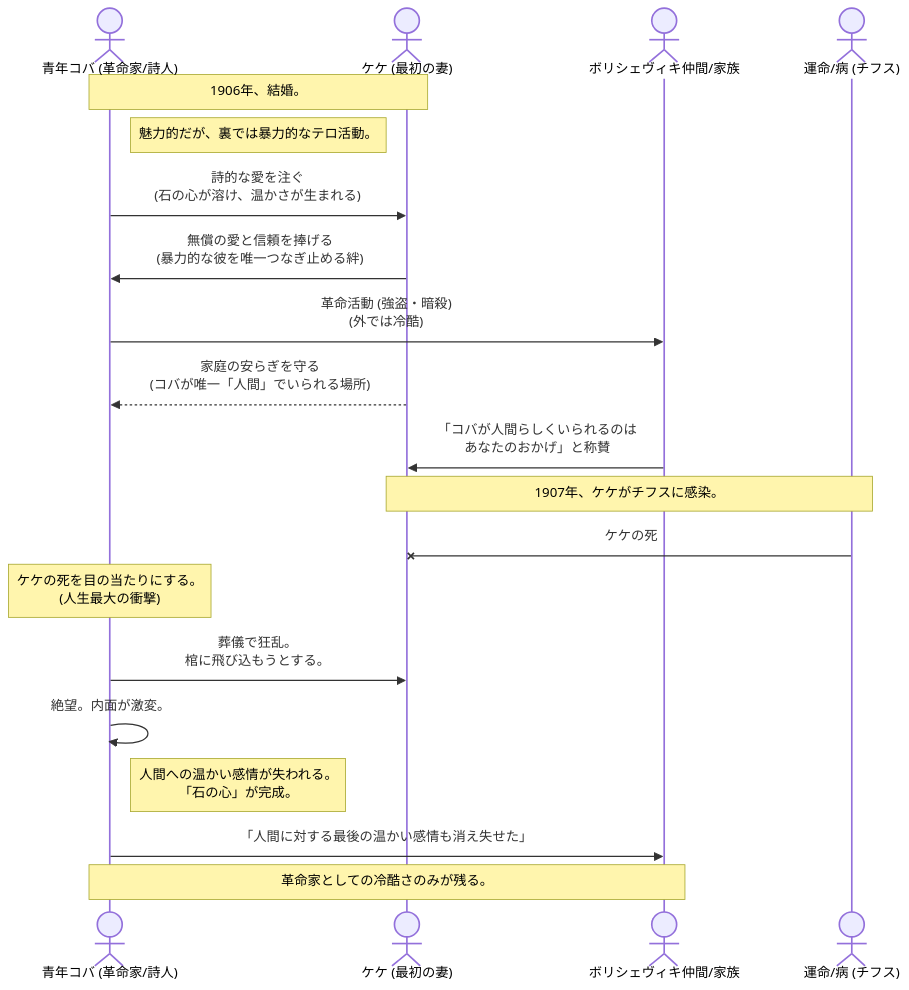
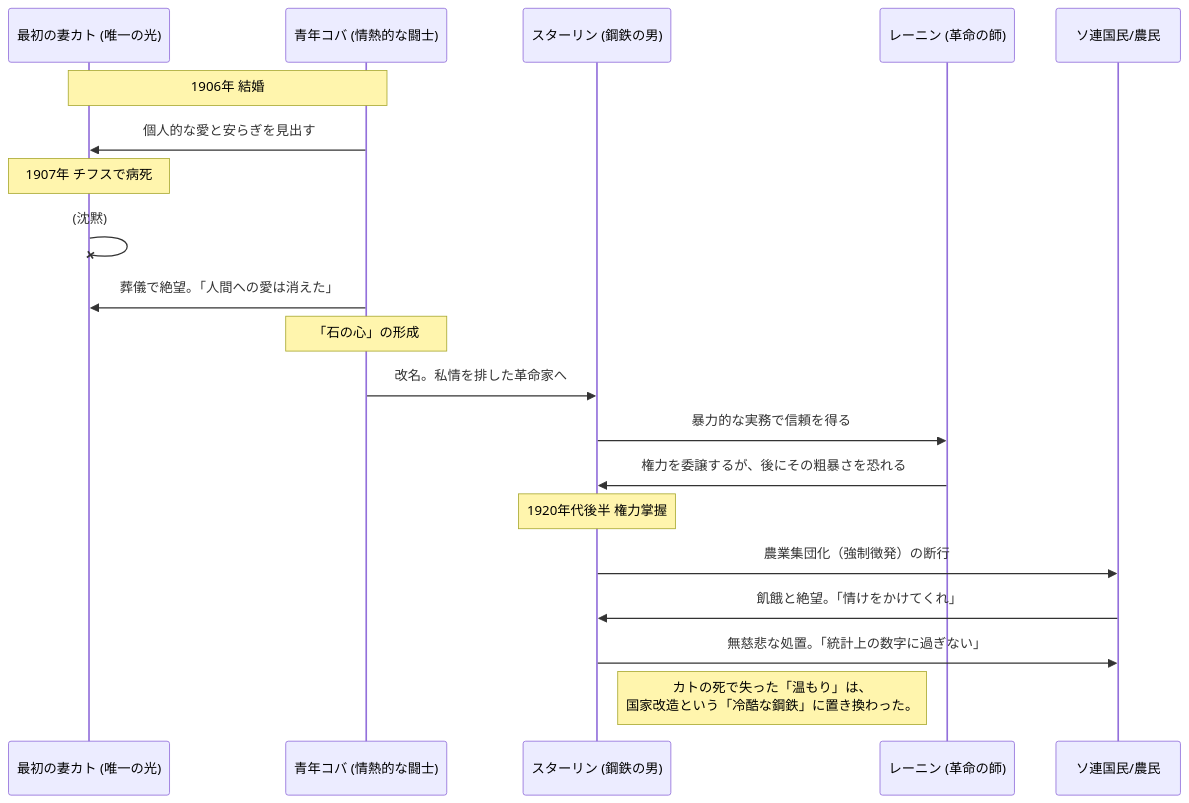
Before and after one commit to aokicreativeoffice/AokiCreativeOfficeGTD: the diagram in 02_zettelkasten/21_domain/books/スターリン 赤い皇帝と廷臣たち/第1章 グルジア青年と女学生.md, drawn with Mermaid. The commit also changed other lines of this file and 14 other files, not shown here.

````diff
--- a/02_zettelkasten/21_domain/books/スターリン 赤い皇帝と廷臣たち/第1章 グルジア青年と女学生.md
+++ b/02_zettelkasten/21_domain/books/スターリン 赤い皇帝と廷臣たち/第1章 グルジア青年と女学生.md
@@ -12,30 +33,30 @@
 ```mermaid
 sequenceDiagram
-    actor Koba as 青年コバ (革命家/詩人)
-    actor Keke as ケケ (最初の妻)
-    actor Bolsheviks as ボリシェヴィキ仲間/家族
-    actor Death as 運命/病 (チフス)
+    participant Kato as 最初の妻カト (唯一の光)
+    participant Koba as 青年コバ (情熱的な闘士)
+    participant Stalin as スターリン (鋼鉄の男)
+    participant Lenin as レーニン (革命の師)
+    participant Peasants as ソ連国民/農民
 
-    Note over Koba, Keke: 1906年、結婚。
-    Note right of Koba: 魅力的だが、裏では暴力的なテロ活動。
-    Koba->>Keke: 詩的な愛を注ぐ<br/>(石の心が溶け、温かさが生まれる)
-    Keke->>Koba: 無償の愛と信頼を捧げる<br/>(暴力的な彼を唯一つなぎ止める絆)
+    Note over Koba, Kato: 1906年 結婚
+    Koba->>Kato: 個人的な愛と安らぎを見出す
+    
+    Note over Kato: 1907年 チフスで病死
+    Kato-X Kato: (沈黙)
+    Koba->>Kato: 葬儀で絶望。「人間への愛は消えた」
+    
+    Note over Koba: 「石の心」の形成
+    Koba->>Stalin: 改名。私情を排した革命家へ
+    
+    Stalin->>Lenin: 暴力的な実務で信頼を得る
+    Lenin->>Stalin: 権力を委譲するが、後にその粗暴さを恐れる
+    
+    Note over Stalin: 1920年代後半 権力掌握
+    Stalin->>Peasants: 農業集団化（強制徴発）の断行
+    Peasants->>Stalin: 飢餓と絶望。「情けをかけてくれ」
+    Stalin->>Peasants: 無慈悲な処置。「統計上の数字に過ぎない」
 
-    Koba->>Bolsheviks: 革命活動 (強盗・暗殺)<br/>(外では冷酷)
-    Keke-->>Koba: 家庭の安らぎを守る<br/>(コバが唯一「人間」でいられる場所)
+    Note right of Stalin: カトの死で失った「温もり」は、<br/>国家改造という「冷酷な鋼鉄」に置き換わった。
 
-    Bolsheviks->>Keke: 「コバが人間らしくいられるのは<br/>あなたのおかげ」と称賛
-
-    Note over Keke, Death: 1907年、ケケがチフスに感染。
-    Death-X Keke: ケケの死
-
-    Note over Koba: ケケの死を目の当たりにする。<br/>(人生最大の衝撃)
-    Koba->>Keke: 葬儀で狂乱。<br/>棺に飛び込もうとする。
-    Koba->>Koba: 絶望。内面が激変。
-    
-    Note right of Koba: 人間への温かい感情が失われる。<br/>「石の心」が完成。
-    Koba->>Bolsheviks: 「人間に対する最後の温かい感情も消え失せた」
-
-    Note over Koba, Bolsheviks: 革命家としての冷酷さのみが残る。
 
 ```
````
